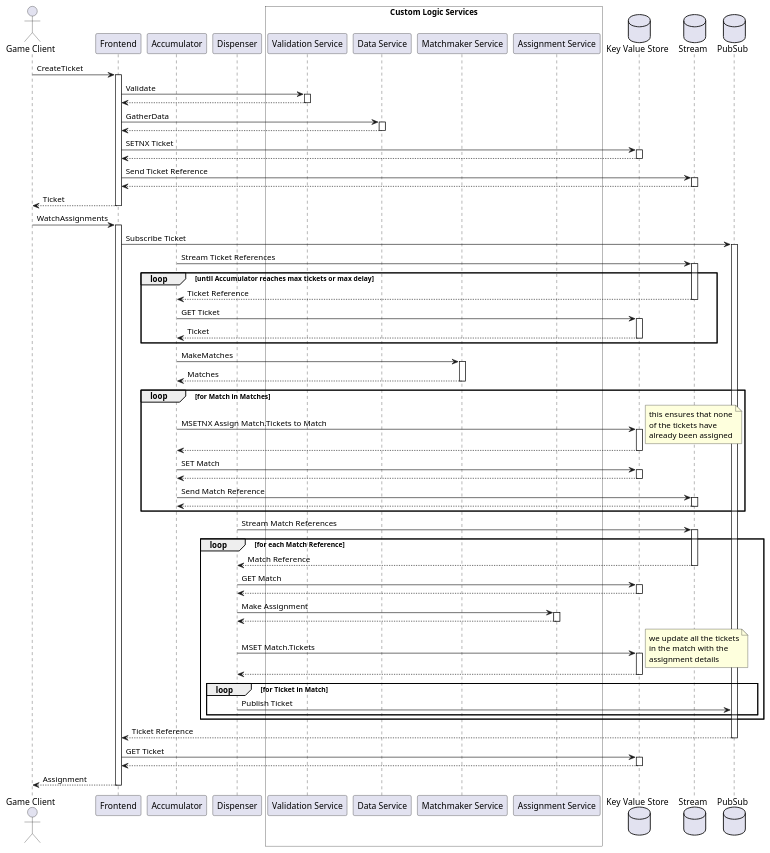
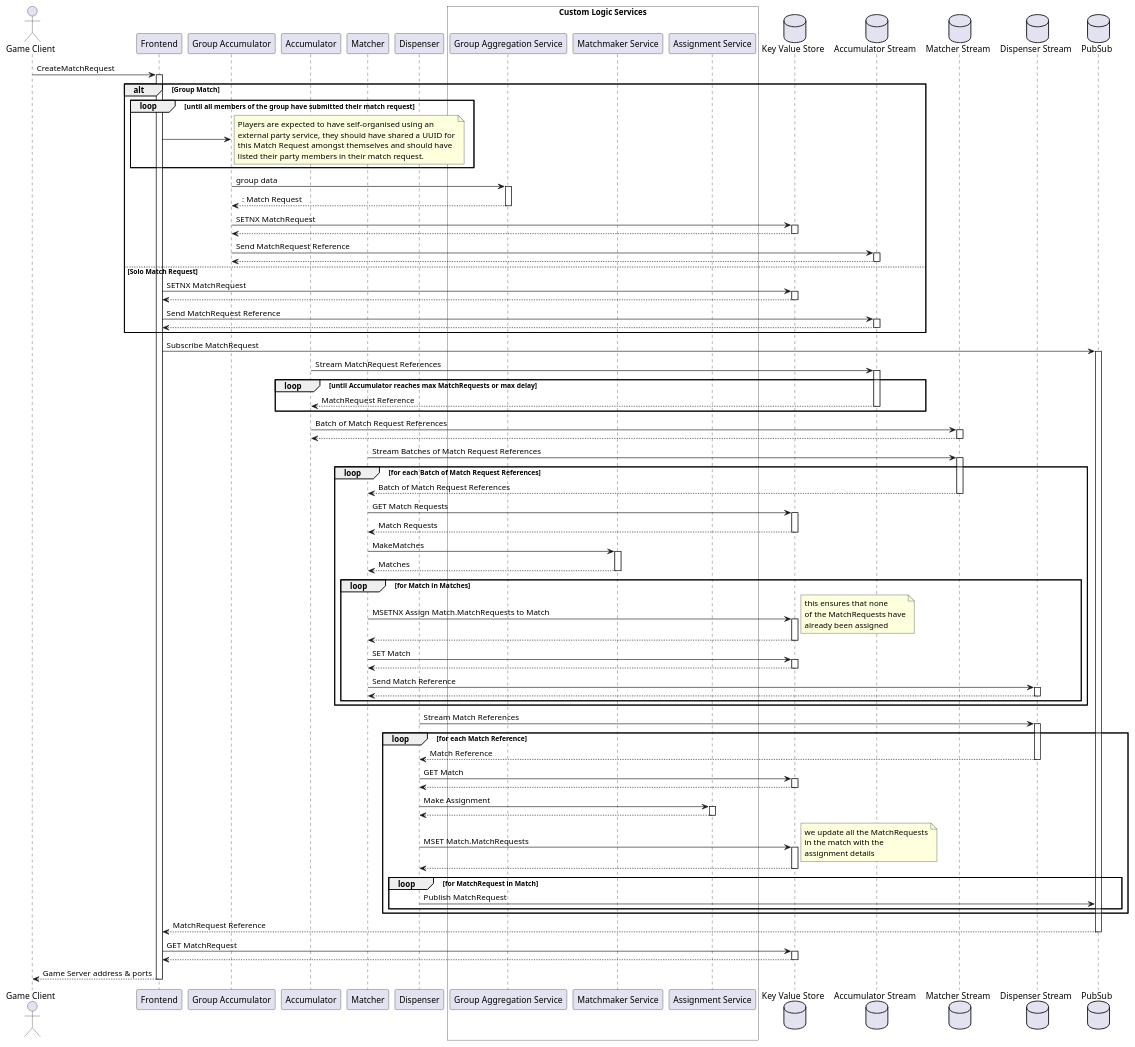
Before and after one commit to rivalry-matchmaker/rivalry: the diagram in docs/sequence.pu, drawn with PlantUML. The commit also changed 104 other files, not shown here.

```diff
--- a/docs/sequence.pu
+++ b/docs/sequence.pu
@@ -1,107 +1,132 @@
 @startuml
 actor "Game Client" as GC
 participant "Frontend" as F
+participant "Group Accumulator" as G
 participant "Accumulator" as A
+participant "Matcher" as M
 participant "Dispenser" as D
 
 box "Custom Logic Services" #White
-    participant "Validation Service" as VS
-    participant "Data Service" as DS
+    participant "Group Aggregation Service" as GAS
     participant "Matchmaker Service" as MS
     participant "Assignment Service" as AS
 end box
 
 database "Key Value Store" as KV
-database "Stream" as ST
+database "Accumulator Stream" as STA
+database "Matcher Stream" as STM
+database "Dispenser Stream" as STD
 database "PubSub" as PS
 
 
-GC -> F: CreateTicket
+GC -> F: CreateMatchRequest
 activate F
-    F -> VS: Validate
-    activate VS
-    return
+alt Group Match
+    loop until all members of the group have submitted their match request
+        F -> G
+        note right
+            Players are expected to have self-organised using an
+            external party service, they should have shared a UUID for
+            this Match Request amongst themselves and should have
+            listed their party members in their match request.
+        end note
+    end
+    G -> GAS: group data
+    activate GAS
+    return: Match Request
 
-    F -> DS: GatherData
-    activate DS
-    return
-
-    F -> KV: SETNX Ticket
+    G -> KV: SETNX MatchRequest
     activate KV
     return
-    F -> ST: Send Ticket Reference
-    activate ST
+    G -> STA: Send MatchRequest Reference
+    activate STA
     return
-return Ticket
+else Solo Match Request
 
-GC -> F: WatchAssignments
+    F -> KV: SETNX MatchRequest
+    activate KV
+    return
+    F -> STA: Send MatchRequest Reference
+    activate STA
+    return
+end
+
 activate F
-    F -> PS: Subscribe Ticket
+    F -> PS: Subscribe MatchRequest
     activate PS
 
-        A -> ST: Stream Ticket References
-        activate ST
-        loop until Accumulator reaches max tickets or max delay
-        return Ticket Reference
-
-        A -> KV: GET Ticket
-        activate KV
-        return Ticket
+        A -> STA: Stream MatchRequest References
+        activate STA
+        loop until Accumulator reaches max MatchRequests or max delay
+        return MatchRequest Reference
         end
 
-        A -> MS: MakeMatches
-        activate MS
-        return Matches
+        A -> STM: Batch of Match Request References
+        activate STM
+        return
 
-        loop for Match in Matches
-            A -> KV: MSETNX Assign Match.Tickets to Match
-            note right
-                this ensures that none
-                of the tickets have
-                already been assigned
-            end note
+        M -> STM: Stream Batches of Match Request References
+        loop for each Batch of Match Request References
+            activate STM
+            return Batch of Match Request References
+            M -> KV: GET Match Requests
             activate KV
-            return
+            return Match Requests
 
-            A -> KV: SET Match
-            activate KV
-            return
+            M -> MS: MakeMatches
+            activate MS
+            return Matches
 
-            A -> ST: Send Match Reference
-            activate ST
-            return
+            loop for Match in Matches
+                M -> KV: MSETNX Assign Match.MatchRequests to Match
+                note right
+                    this ensures that none
+                    of the MatchRequests have
+                    already been assigned
+                end note
+                activate KV
+                return
+
+                M -> KV: SET Match
+                activate KV
+                return
+
+                M -> STD: Send Match Reference
+                activate STD
+                return
+            end
         end
 
-        D -> ST: Stream Match References
-        activate ST
+        D -> STD: Stream Match References
+        activate STD
             loop for each Match Reference
                 return Match Reference
 
                 D -> KV: GET Match
                 activate KV
                 return
 
                 D -> AS: Make Assignment
                 activate AS
                 return
 
-                D -> KV: MSET Match.Tickets
+                D -> KV: MSET Match.MatchRequests
                 note right
-                    we update all the tickets
+                    we update all the MatchRequests
                     in the match with the
                     assignment details
                 end note
                 activate KV
                 return
 
-                loop for Ticket in Match
-                    D -> PS: Publish Ticket
+                loop for MatchRequest in Match
+                    D -> PS: Publish MatchRequest
                 end
             end
 
-        return Ticket Reference
-    F -> KV: GET Ticket
+        return MatchRequest Reference
+    F -> KV: GET MatchRequest
     activate KV
     return
-return Assignment
+return Game Server address & ports
 @enduml
```
